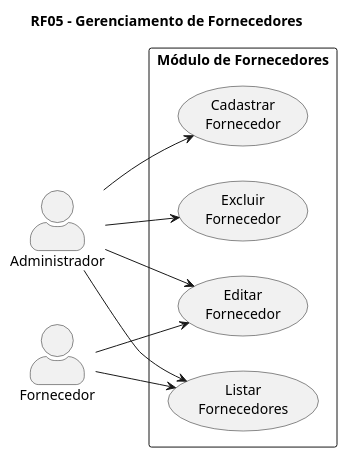
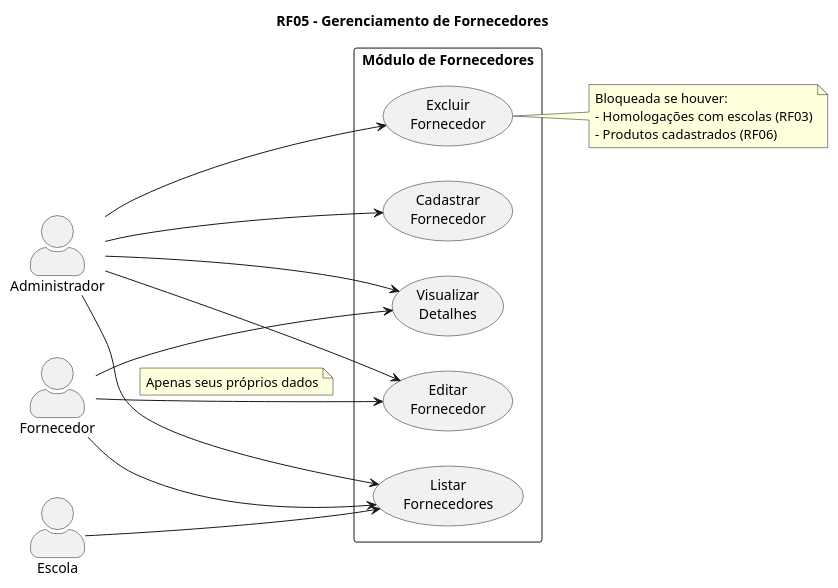
The diagram in diagrams/modulo-fornecedores.puml (murs77r/conecta-uniforme), drawn with PlantUML before and after one commit. The commit also changed 15 other files, not shown here.

```diff
--- a/diagrams/modulo-fornecedores.puml
+++ b/diagrams/modulo-fornecedores.puml
@@ -1,28 +1,48 @@
 @startuml
 ' RF05 - Gerenciamento de Fornecedores
 
 left to right direction
 
 skinparam actorStyle awesome
 
 title RF05 - Gerenciamento de Fornecedores
 
 actor Administrador
+
 actor Fornecedor
+
+actor Escola
 
 rectangle "Módulo de Fornecedores" {
     usecase "Cadastrar\nFornecedor" as UC05_1
     usecase "Listar\nFornecedores" as UC05_2
-    usecase "Editar\nFornecedor" as UC05_3
-    usecase "Excluir\nFornecedor" as UC05_4
+    usecase "Visualizar\nDetalhes" as UC05_3
+    usecase "Editar\nFornecedor" as UC05_4
+    usecase "Excluir\nFornecedor" as UC05_5
 }
 
+' Administrador - controle total
 Administrador --> UC05_1
 Administrador --> UC05_2
 Administrador --> UC05_3
 Administrador --> UC05_4
+Administrador --> UC05_5
 
+' Fornecedor - autogestão
 Fornecedor --> UC05_2
 Fornecedor --> UC05_3
+Fornecedor --> UC05_4
+note on link
+  Apenas seus próprios dados
+end note
+
+' Escola - visualiza para homologação
+Escola --> UC05_2
+
+note right of UC05_5
+  Bloqueada se houver:
+  - Homologações com escolas (RF03)
+  - Produtos cadastrados (RF06)
+end note
 
 @enduml
```
